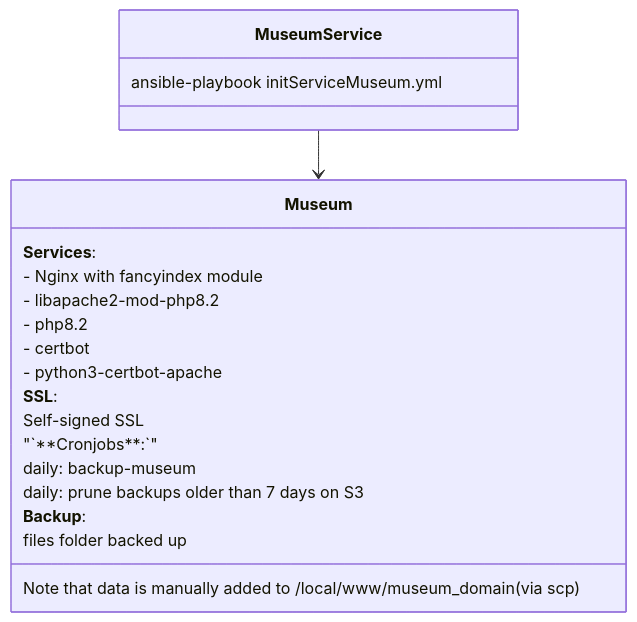
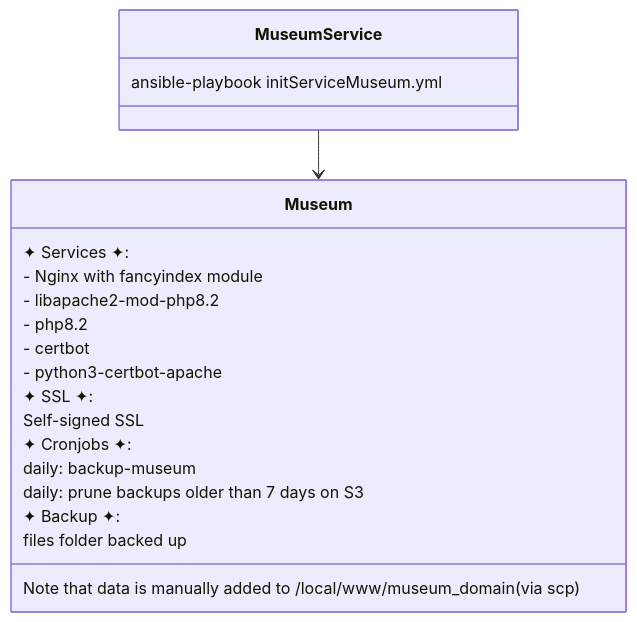
One commit to neighbourhoodie/stf-php-ansible changed the fifth of 5 diagrams in Properties.md. Above: the diagram before and after it, drawn with Mermaid. The commit also changed other lines of this file, not shown here.

````diff
--- a/Properties.md
+++ b/Properties.md
@@ -164,26 +164,26 @@
 ```mermaid
 classDiagram
   class MuseumService { ansible-playbook initServiceMuseum.yml }
   
   class Museum {
     Note that data is manually added to /local/www/museum_domain(via scp)
-    **Services**:
+    ✦ Services ✦:
     - Nginx with fancyindex module
     - libapache2-mod-php8.2
     - php8.2
     - certbot
     - python3-certbot-apache
 
-    **SSL**:
+    ✦ SSL ✦:
     Self-signed SSL
     
-    "`**Cronjobs**:`"
+    ✦ Cronjobs ✦:
     daily: backup-museum
     daily: prune backups older than 7 days on S3
 
-    **Backup**:
+    ✦ Backup ✦:
     files folder backed up
   }
 
   MuseumService --> Museum
 ```
````
